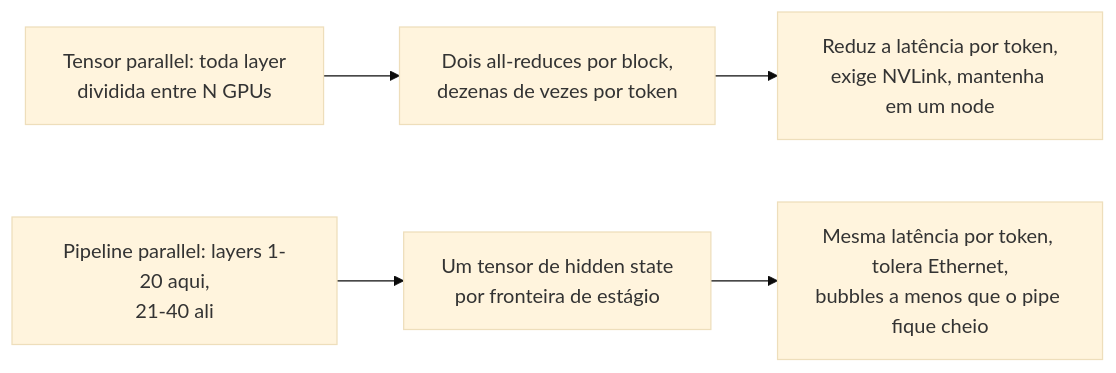
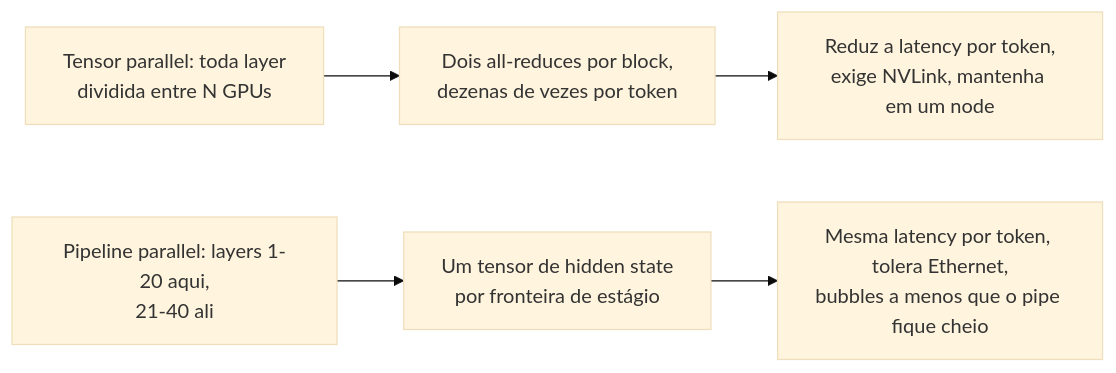
Diagram 12 of 28 in 08-inference-and-production/questions.pt-BR.md (andrevberaldo/AI-Engineer-Interview-Questions), drawn with Mermaid (base theme) before and after one commit. The commit also changed other lines of this file and 1 other file, not shown here.

````diff
--- a/08-inference-and-production/questions.pt-BR.md
+++ b/08-inference-and-production/questions.pt-BR.md
@@ -608,7 +608,7 @@
 ```mermaid
 flowchart LR
     TP["Tensor parallel: toda layer<br/>dividida entre N GPUs"] --> TC["Dois all-reduces por block,<br/>dezenas de vezes por token"]
-    TC --> TR["Reduz a latência por token,<br/>exige NVLink, mantenha em um node"]
+    TC --> TR["Reduz a latency por token,<br/>exige NVLink, mantenha em um node"]
     PP["Pipeline parallel: layers 1-20 aqui,<br/>21-40 ali"] --> PC["Um tensor de hidden state<br/>por fronteira de estágio"]
-    PC --> PR["Mesma latência por token, tolera Ethernet,<br/>bubbles a menos que o pipe fique cheio"]
+    PC --> PR["Mesma latency por token, tolera Ethernet,<br/>bubbles a menos que o pipe fique cheio"]
 ```
````
